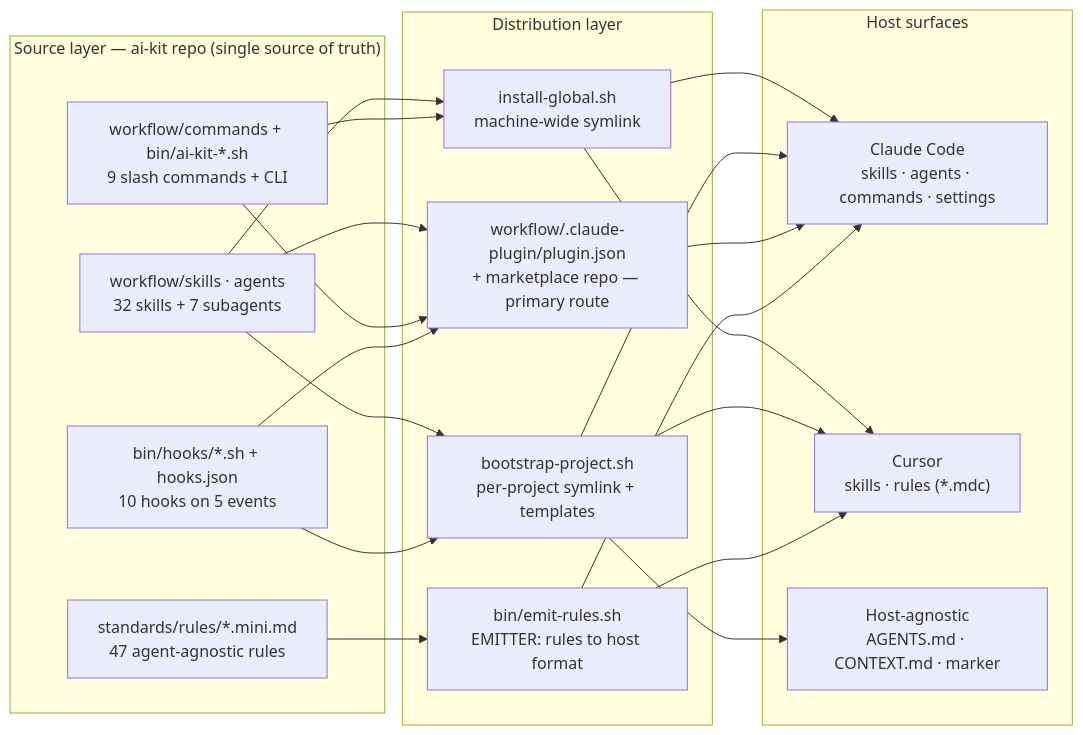
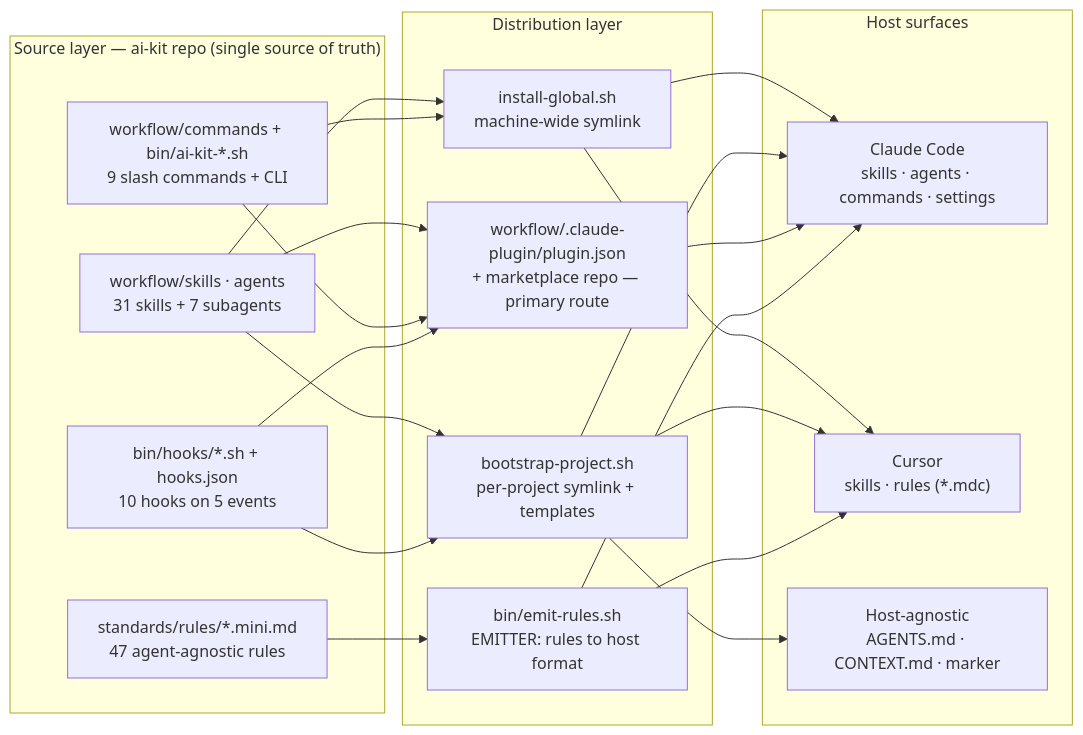
The first of 2 diagrams in docs/diagrams.md (yusufkaracaburun/ai-kit), drawn with Mermaid before and after one commit. The commit also changed 36 other files, not shown here.

````diff
--- a/docs/diagrams.md
+++ b/docs/diagrams.md
@@ -10,32 +10,32 @@
 ```mermaid
 flowchart LR
   subgraph SRC["Source layer — ai-kit repo (single source of truth)"]
-    SA["workflow/skills · agents<br/>32 skills + 7 subagents"]
+    SA["workflow/skills · agents<br/>31 skills + 7 subagents"]
     CB["workflow/commands + bin/ai-kit-*.sh<br/>9 slash commands + CLI"]
     H["bin/hooks/*.sh + hooks.json<br/>10 hooks on 5 events"]
     R["standards/rules/*.mini.md<br/>47 agent-agnostic rules"]
   end
 
   subgraph DIST["Distribution layer"]
     IG["install-global.sh<br/>machine-wide symlink"]
     PL["workflow/.claude-plugin/plugin.json<br/>+ marketplace repo — primary route"]
     BP["bootstrap-project.sh<br/>per-project symlink + templates"]
     ER["bin/emit-rules.sh<br/>EMITTER: rules to host format"]
   end
 
   subgraph HOSTS["Host surfaces"]
     CC["Claude Code<br/>skills · agents · commands · settings"]
     CU["Cursor<br/>skills · rules (*.mdc)"]
     HA["Host-agnostic<br/>AGENTS.md · CONTEXT.md · marker"]
   end
 
   SA --> IG & BP & PL
   CB --> IG & PL
   H --> PL & BP
   R --> ER
 
   IG --> CC & CU
   BP --> CC & CU & HA
   PL --> CC
   ER --> CU & CC
 ```
````
